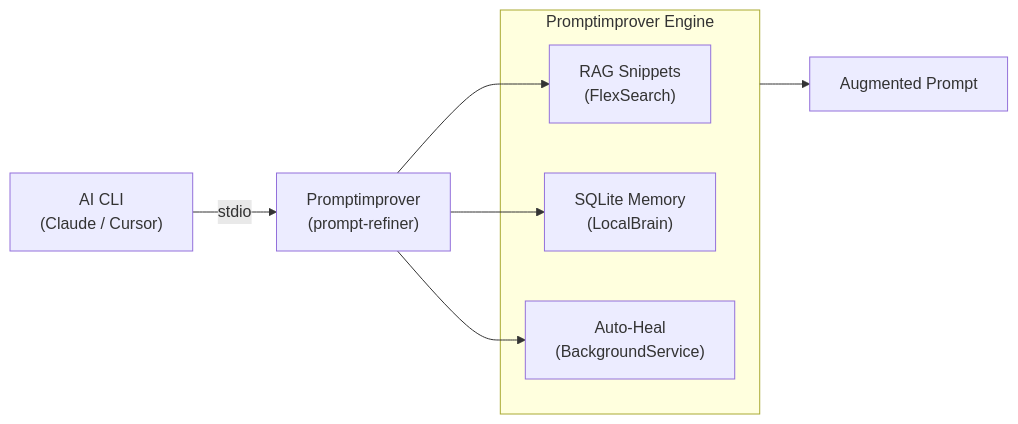
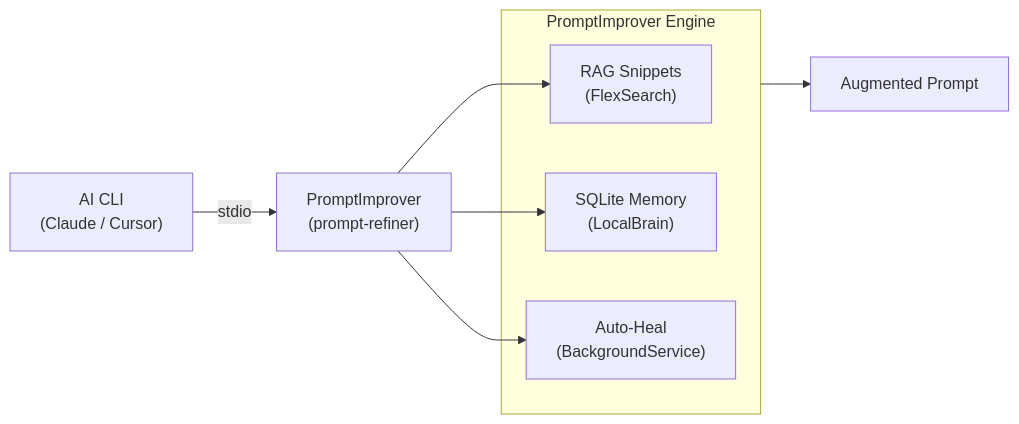
Before and after one commit to Coding-Autopilot-System/Promptimprover: the diagram in README.md, drawn with Mermaid. The commit also changed other lines of this file and 1 other file, not shown here.

````diff
--- a/README.md
+++ b/README.md
@@ -21,13 +43,13 @@
 ```mermaid
 flowchart LR
-    CLI["AI CLI\n(Claude / Cursor)"] -->|"stdio"| PI["Promptimprover\n(prompt-refiner)"]
-    subgraph internal["Promptimprover Engine"]
+    CLI["AI CLI\n(Claude / Cursor)"] -->|"stdio"| PI["PromptImprover\n(prompt-refiner)"]
+    subgraph internal["PromptImprover Engine"]
         RAG["RAG Snippets\n(FlexSearch)"]
         Memory["SQLite Memory\n(LocalBrain)"]
         AutoHeal["Auto-Heal\n(BackgroundService)"]
     end
     PI --> RAG
     PI --> Memory
     PI --> AutoHeal
     internal --> Out["Augmented Prompt"]
 ```
````
